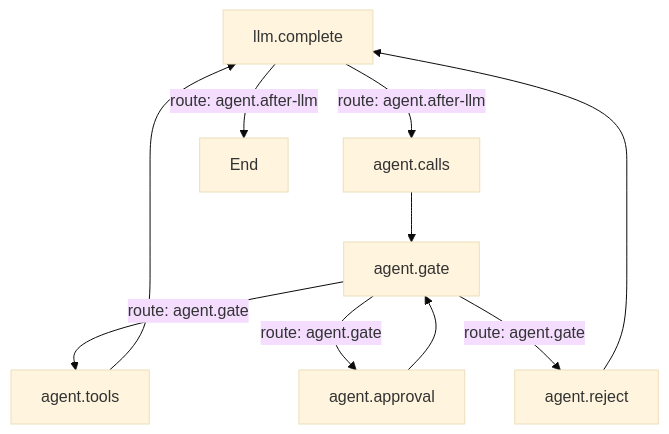
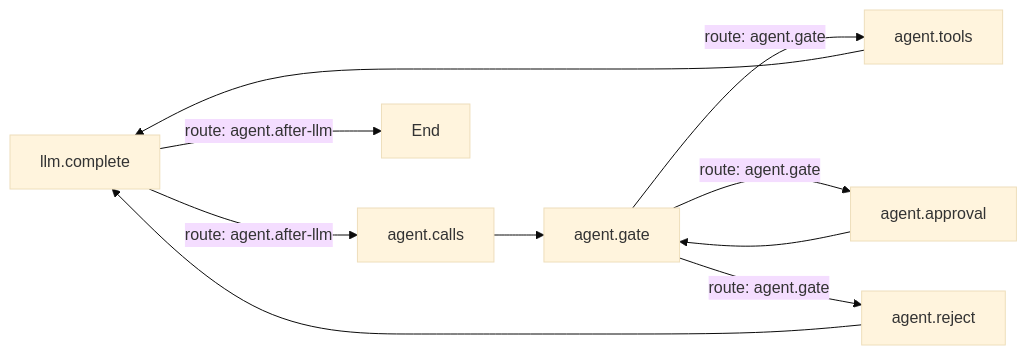
The diagram in docs/guide/graphs.md (zeroDtree/comonad-vscode-extension), drawn with Mermaid (base theme) before and after one commit. The commit also changed other lines of this file and 13 other files, not shown here.

First line of the commit message:
refactor: remove graph pane and related functionality

````diff
--- a/docs/guide/graphs.md
+++ b/docs/guide/graphs.md
@@ -7,16 +7,16 @@
 ```mermaid
 %% default: agent
 
 %% graph: agent
-flowchart TD
+flowchart LR
   %% start: llm
   llm["llm.complete"] -->|route: agent.after-llm| calls["agent.calls"]
   llm -->|route: agent.after-llm| End
   calls --> gate["agent.gate"]
   gate -->|route: agent.gate| tools["agent.tools"]
   gate -->|route: agent.gate| approval["agent.approval"]
   gate -->|route: agent.gate| reject["agent.reject"]
   approval --> gate
   tools --> llm
   reject --> llm
 ```
````
